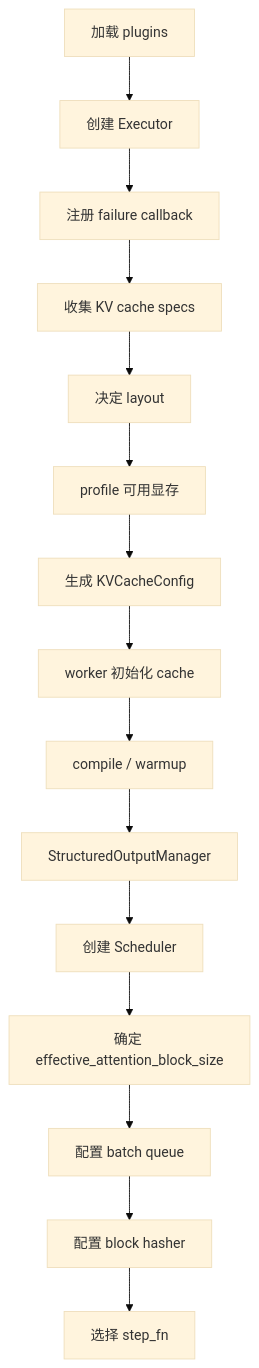
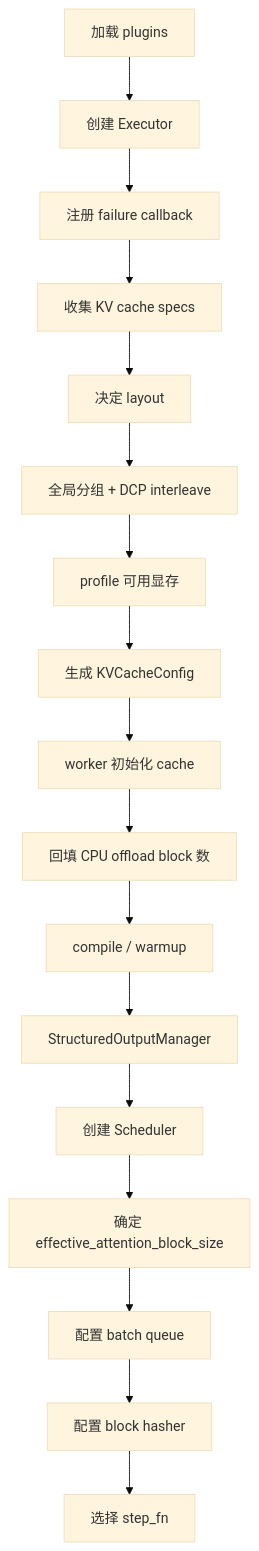
One commit to cluster1900/vllm_reader changed the tenth of 22 diagrams in book/03-engine-core/README.md. Above: the diagram before and after it, drawn with Mermaid (base theme). The commit also changed other lines of this file and 5 other files, not shown here.

````diff
--- a/book/03-engine-core/README.md
+++ b/book/03-engine-core/README.md
@@ -468,17 +554,19 @@
 ```mermaid
 flowchart TD
     P[加载 plugins] --> E[创建 Executor]
     E --> F[注册 failure callback]
     F --> K1[收集 KV cache specs]
     K1 --> K2[决定 layout]
-    K2 --> K3[profile 可用显存]
+    K2 --> KG[全局分组 + DCP interleave]
+    KG --> K3[profile 可用显存]
     K3 --> K4[生成 KVCacheConfig]
     K4 --> K5[worker 初始化 cache]
-    K5 --> W[compile / warmup]
+    K5 --> KC[回填 CPU offload block 数]
+    KC --> W[compile / warmup]
     W --> SO[StructuredOutputManager]
     SO --> S[创建 Scheduler]
     S --> BS[确定 effective_attention_block_size]
     BS --> B[配置 batch queue]
     B --> H[配置 block hasher]
     H --> SF[选择 step_fn]
 ```
````
